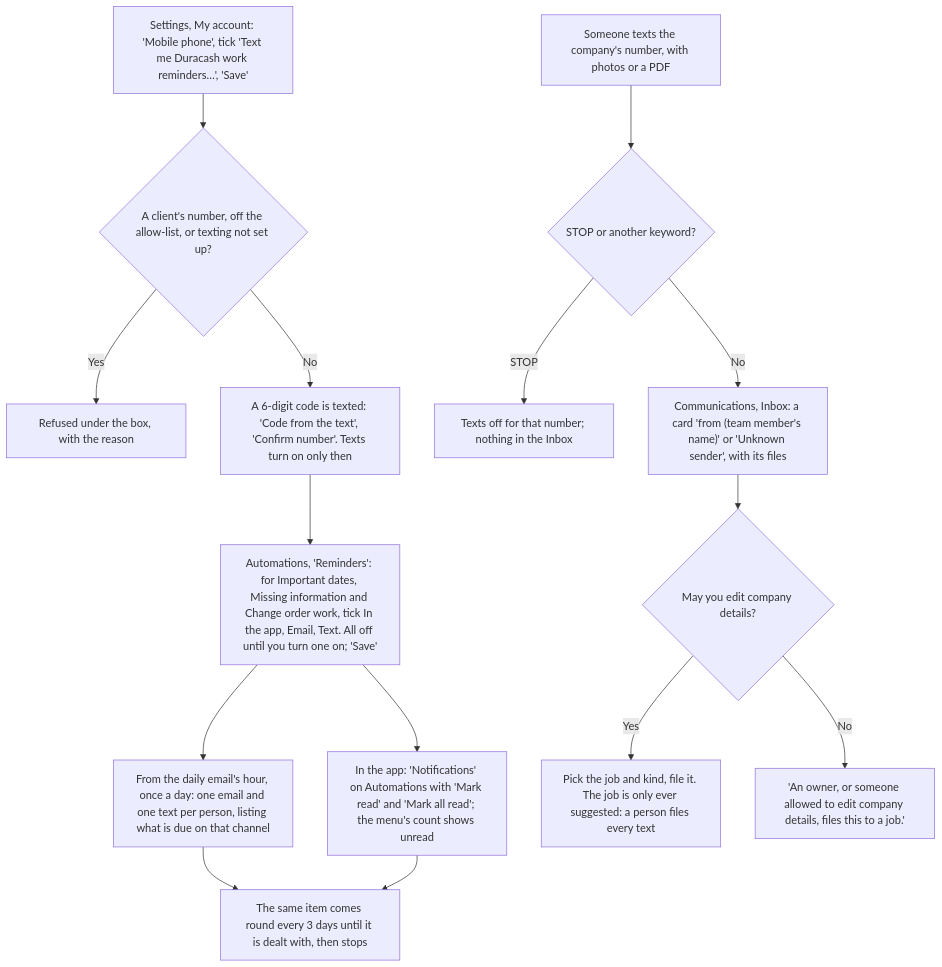
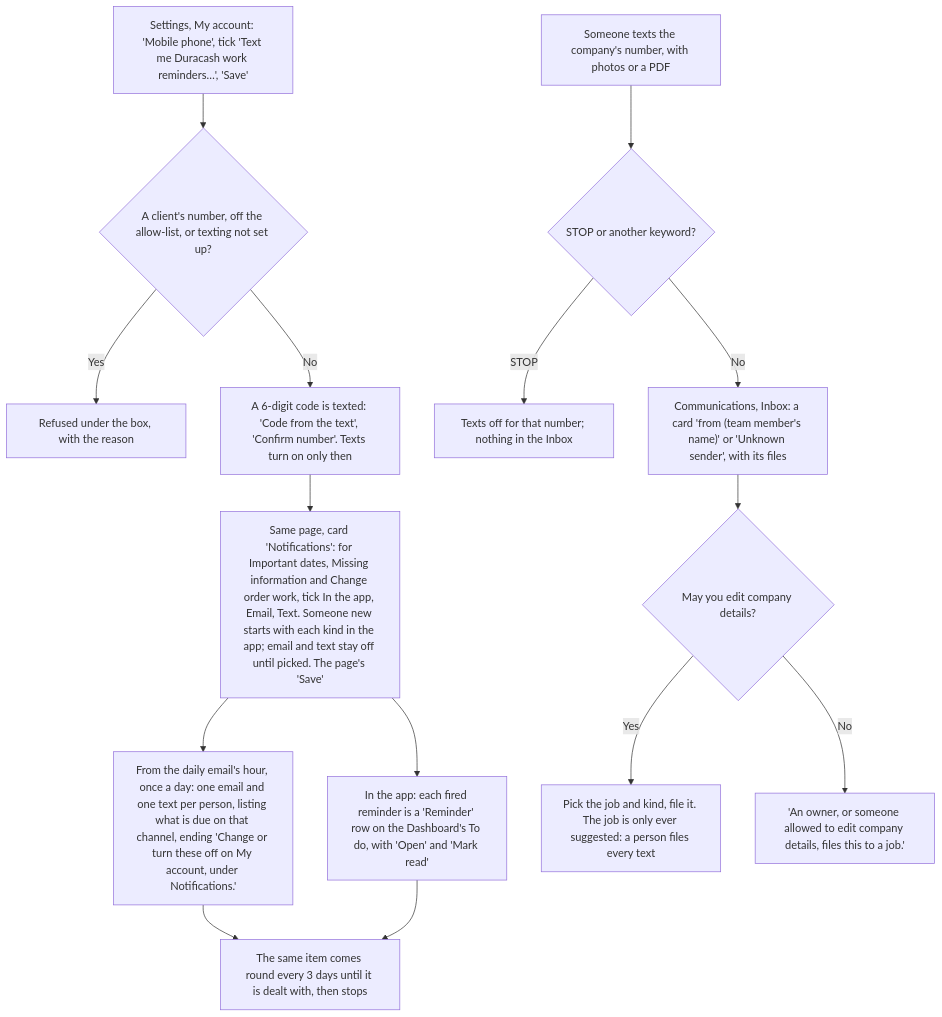
Before and after one commit to cartwrightstephen/billdable: diagram 18 of 18 in docs/client-flows.md, drawn with Mermaid. The commit also changed other lines of this file and 3 other files, not shown here.

Commit message:
Docs for Round 1: client-flows.md for every part and the follow-ups, file:line references refreshed, helper answers for New job, New job record, the client card, This billing period, Results and a team of one, README and MANUAL-TEST in sentence case

````diff
--- a/docs/client-flows.md
+++ b/docs/client-flows.md
@@ -791,17 +822,17 @@
 ```mermaid
 flowchart TD
     A["Settings, My account: 'Mobile phone', tick 'Text me Duracash work reminders…', 'Save'"] --> B{"A client's number, off the allow-list, or texting not set up?"}
     B -->|"Yes"| B1["Refused under the box, with the reason"]
     B -->|"No"| C["A 6-digit code is texted: 'Code from the text', 'Confirm number'. Texts turn on only then"]
-    C --> D["Automations, 'Reminders': for Important dates, Missing information and Change order work, tick In the app, Email, Text. All off until you turn one on; 'Save'"]
-    D --> E["From the daily email's hour, once a day: one email and one text per person, listing what is due on that channel"]
-    D --> F["In the app: 'Notifications' on Automations with 'Mark read' and 'Mark all read'; the menu's count shows unread"]
+    C --> D["Same page, card 'Notifications': for Important dates, Missing information and Change order work, tick In the app, Email, Text. Someone new starts with each kind in the app; email and text stay off until picked. The page's 'Save'"]
+    D --> E["From the daily email's hour, once a day: one email and one text per person, listing what is due on that channel, ending 'Change or turn these off on My account, under Notifications.'"]
+    D --> F["In the app: each fired reminder is a 'Reminder' row on the Dashboard's To do, with 'Open' and 'Mark read'"]
     E --> G["The same item comes round every 3 days until it is dealt with, then stops"]
     F --> G
     T["Someone texts the company's number, with photos or a PDF"] --> T0{"STOP or another keyword?"}
     T0 -->|"STOP"| T1["Texts off for that number; nothing in the Inbox"]
     T0 -->|"No"| T2["Communications, Inbox: a card 'from (team member's name)' or 'Unknown sender', with its files"]
     T2 --> T3{"May you edit company details?"}
     T3 -->|"Yes"| T4["Pick the job and kind, file it. The job is only ever suggested: a person files every text"]
     T3 -->|"No"| T5["'An owner, or someone allowed to edit company details, files this to a job.'"]
 ```
````
